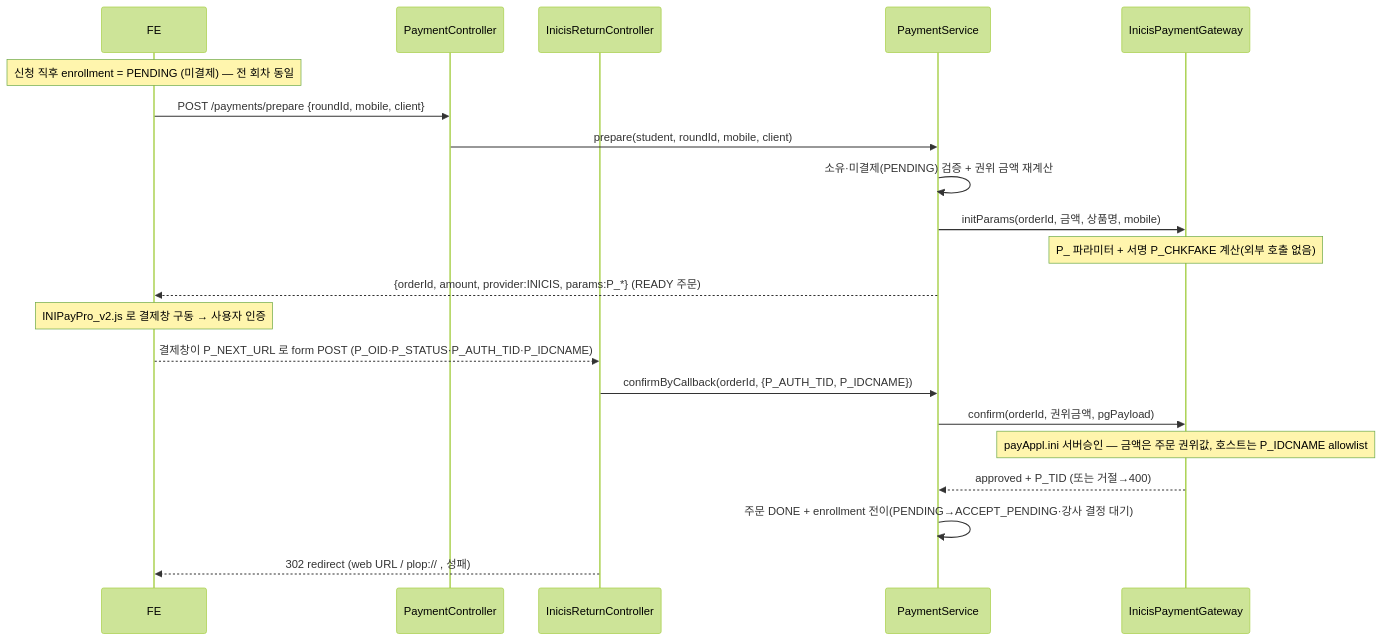
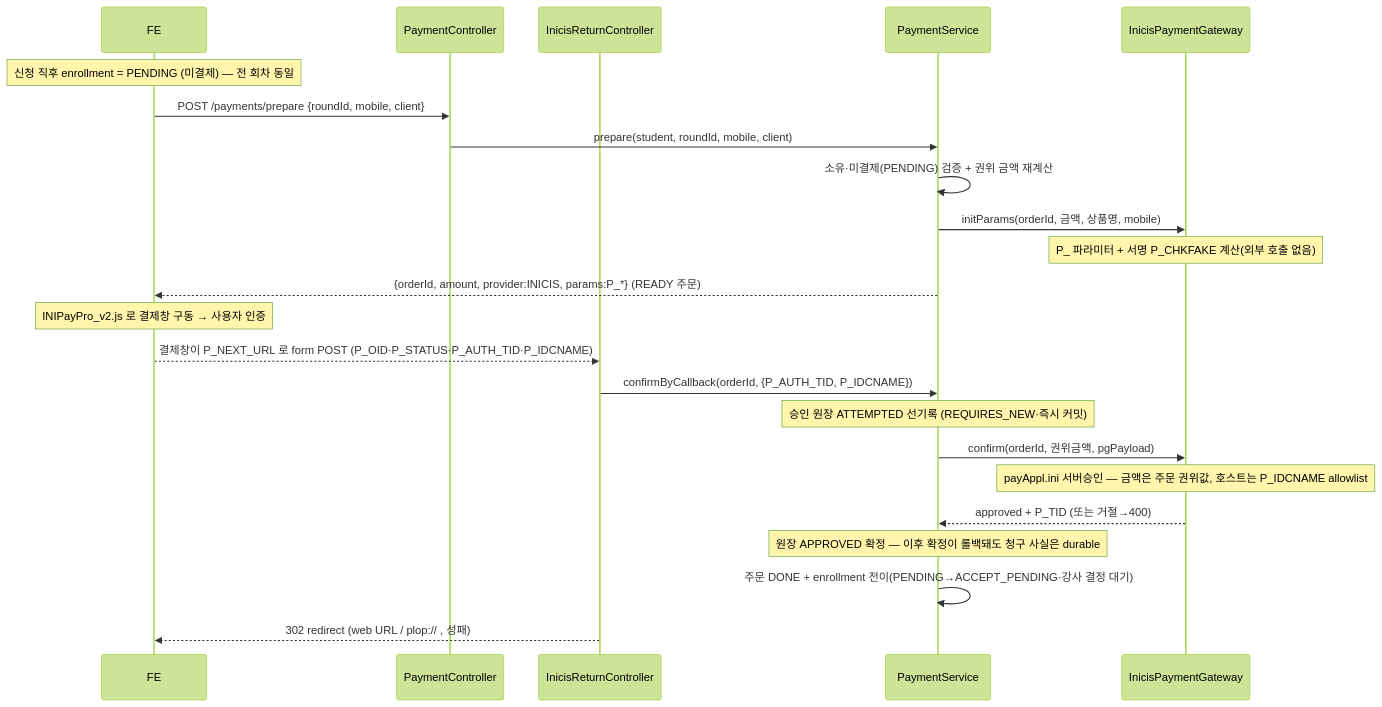
The second of 3 diagrams in docs/architecture/payment.md (pungdong/Pungdong-Backend), drawn with Mermaid (forest theme) before and after one commit. The commit also changed other lines of this file and 1 other file, not shown here.

````diff
--- a/docs/architecture/payment.md
+++ b/docs/architecture/payment.md
@@ -44,23 +54,25 @@
 ```mermaid
 sequenceDiagram
     participant FE
     participant Ctl as PaymentController
     participant Ret as InicisReturnController
     participant Svc as PaymentService
     participant PG as InicisPaymentGateway
     Note over FE: 신청 직후 enrollment = PENDING (미결제) — 전 회차 동일
     FE->>Ctl: POST /payments/prepare {roundId, mobile, client}
     Ctl->>Svc: prepare(student, roundId, mobile, client)
     Svc->>Svc: 소유·미결제(PENDING) 검증 + 권위 금액 재계산
     Svc->>PG: initParams(orderId, 금액, 상품명, mobile)
     Note over PG: P_ 파라미터 + 서명 P_CHKFAKE 계산(외부 호출 없음)
     Svc-->>FE: {orderId, amount, provider:INICIS, params:P_*} (READY 주문)
     Note over FE: INIPayPro_v2.js 로 결제창 구동 → 사용자 인증
     FE-->>Ret: 결제창이 P_NEXT_URL 로 form POST (P_OID·P_STATUS·P_AUTH_TID·P_IDCNAME)
     Ret->>Svc: confirmByCallback(orderId, {P_AUTH_TID, P_IDCNAME})
+    Note over Svc: 승인 원장 ATTEMPTED 선기록 (REQUIRES_NEW·즉시 커밋)
     Svc->>PG: confirm(orderId, 권위금액, pgPayload)
     Note over PG: payAppl.ini 서버승인 — 금액은 주문 권위값, 호스트는 P_IDCNAME allowlist
     PG-->>Svc: approved + P_TID (또는 거절→400)
+    Note over Svc: 원장 APPROVED 확정 — 이후 확정이 롤백돼도 청구 사실은 durable
     Svc->>Svc: 주문 DONE + enrollment 전이(PENDING→ACCEPT_PENDING·강사 결정 대기)
     Ret-->>FE: 302 redirect (web URL / plop:// , 성패)
 ```
````
